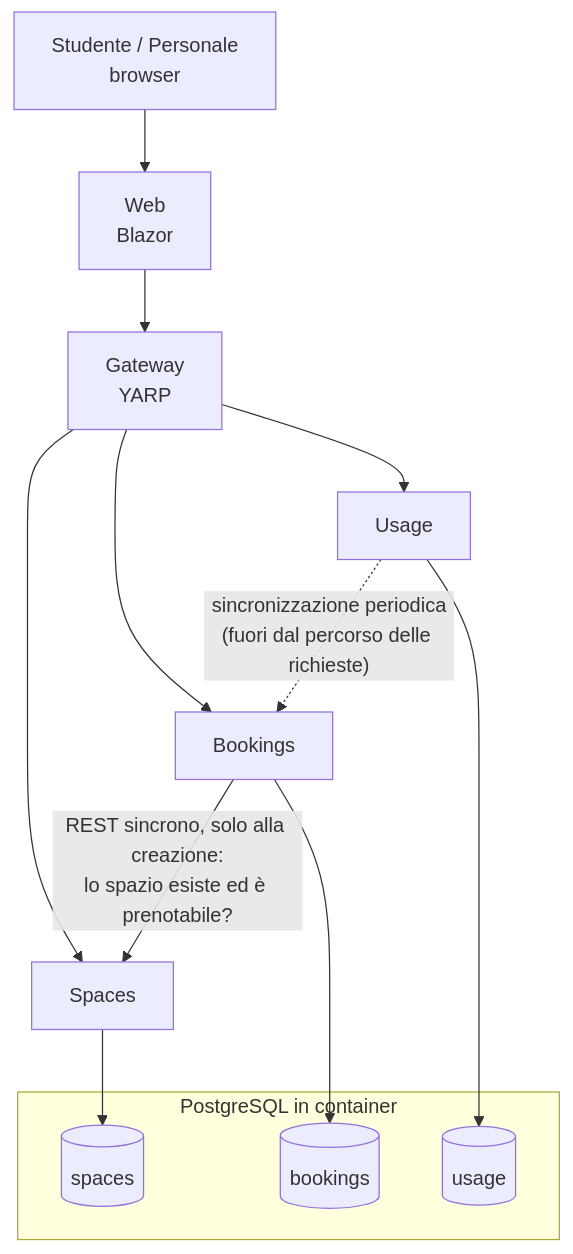
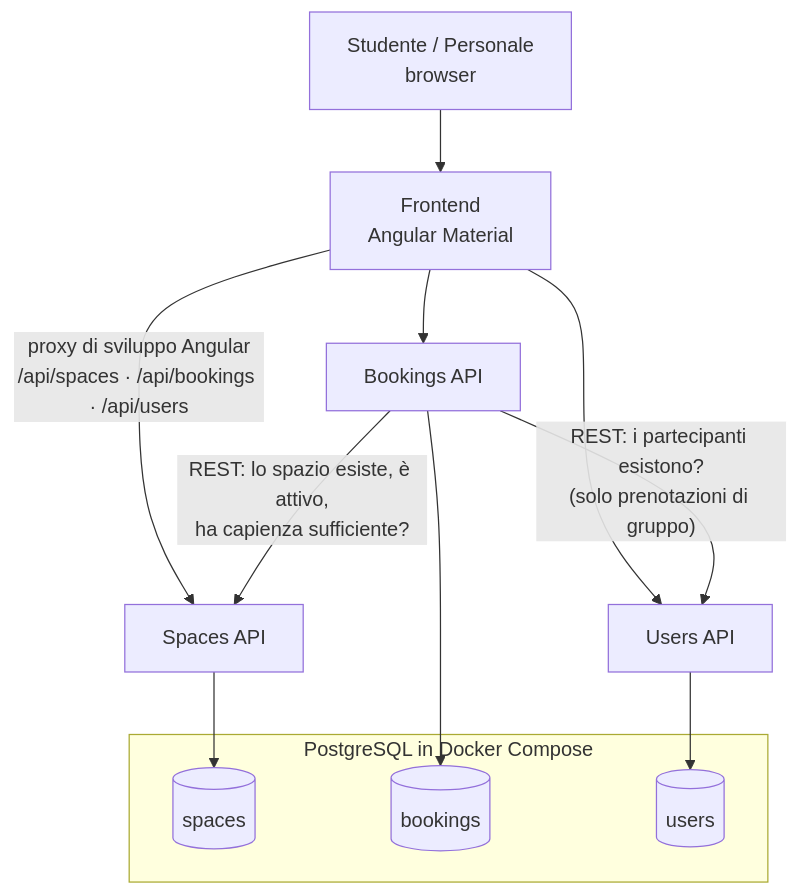
The first of 3 diagrams in docs/architecture.md (loggione-finale/smartcampus), drawn with Mermaid before and after one commit. The commit also changed other lines of this file and 5 other files, not shown here.

````diff
--- a/docs/architecture.md
+++ b/docs/architecture.md
@@ -10,18 +10,17 @@
 ```mermaid
 flowchart TB
-    U[Studente / Personale<br/>browser] --> W[Web<br/>Blazor]
-    W --> G[Gateway<br/>YARP]
-    G --> S[Spaces]
-    G --> B[Bookings]
-    G --> R[Usage]
-    B -- "REST sincrono, solo alla creazione:<br/>lo spazio esiste ed è prenotabile?" --> S
-    R -. "sincronizzazione periodica<br/>(fuori dal percorso delle richieste)" .-> B
+    U[Studente / Personale<br/>browser] --> W[Frontend<br/>Angular Material]
+    W -- "proxy di sviluppo Angular<br/>/api/spaces · /api/bookings · /api/users" --> S[Spaces API]
+    W --> B[Bookings API]
+    W --> US[Users API]
+    B -- "REST: lo spazio esiste, è attivo,<br/>ha capienza sufficiente?" --> S
+    B -- "REST: i partecipanti esistono?<br/>(solo prenotazioni di gruppo)" --> US
     S --> DBS[(spaces)]
     B --> DBB[(bookings)]
-    R --> DBR[(usage)]
-    subgraph PG [PostgreSQL in container]
+    US --> DBU[(users)]
+    subgraph PG [PostgreSQL in Docker Compose]
         DBS
         DBB
-        DBR
+        DBU
     end
 ```
````
